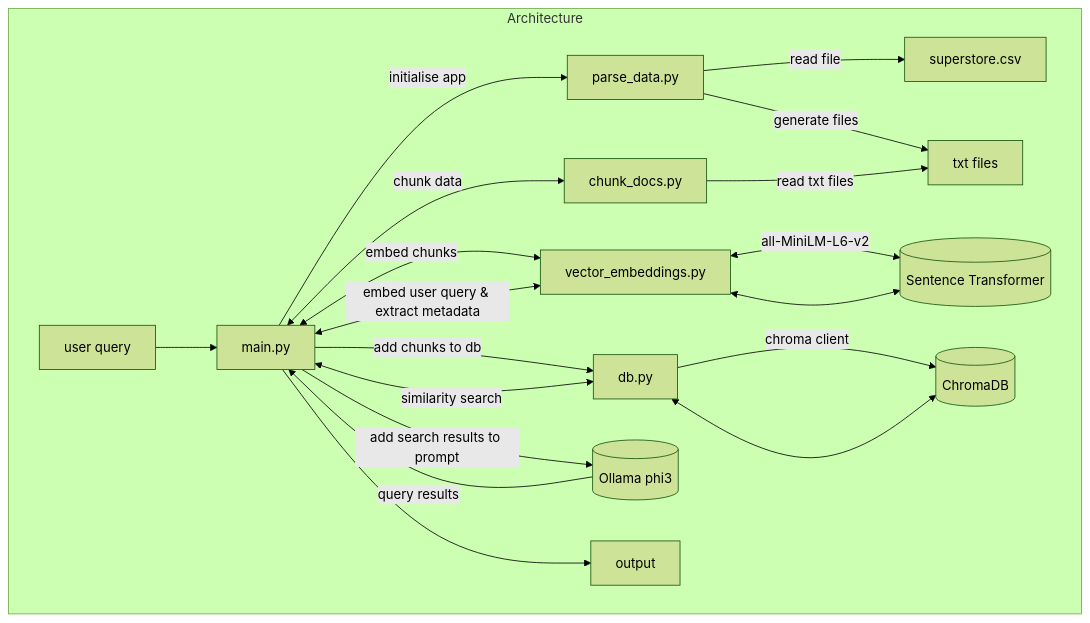
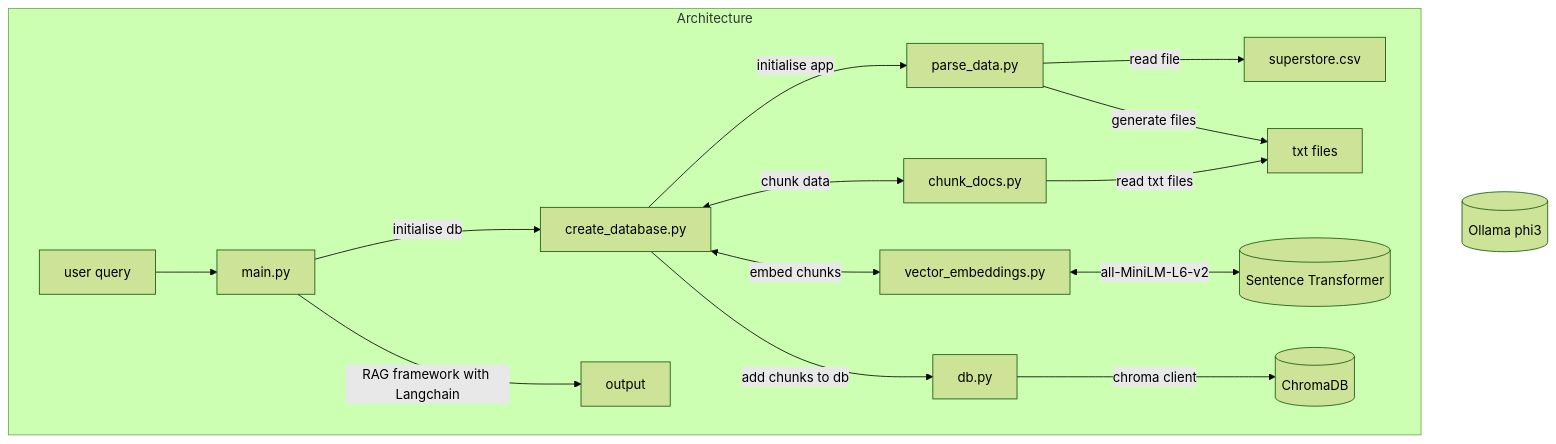
Before and after one commit to simkatti/RAG-Based-Sales-Data-Analysis: the diagram in README.md, drawn with Mermaid (forest theme). The commit also changed other lines of this file, not shown here.

````diff
--- a/README.md
+++ b/README.md
@@ -12,29 +14,25 @@
 ```mermaid
 graph TD
     %% initialise 
     subgraph Architecture
-        A[main.py] --> |initialise app| B[parse_data.py]
+        A[create_database.py] --> |initialise app| B[parse_data.py]
         B -->|read file| SC[superstore.csv]
         B -->|generate files| TF[txt files]
         A <--> |chunk data| CD[chunk_docs.py]
         CD --> |read txt files| TF
         A <--> |embed chunks| VE[vector_embeddings.py]
         VE <--> |all-MiniLM-L6-v2| ST
         A --> |add chunks to db| DB[db.py]
         DB --> |chroma client| CDB
-        C[user query] --> A
-        A <--> |embed user query & extract metadata| VE
-        VE <--> ST
-        A <--> |similarity search| DB
-        DB <--> CDB
-        A --> |add search results to prompt| OL
-        OL --> |query results| A
-        A --> output
+        C[user query] --> M[main.py]
+        M --> | RAG framework with Langchain| O[output]
+        M --> |initialise db| A
+
 
     end
     %% External Connections
     CDB[(ChromaDB)]
     ST[(Sentence Transformer)]
     OL[(Ollama phi3)]
 
 ```
````
